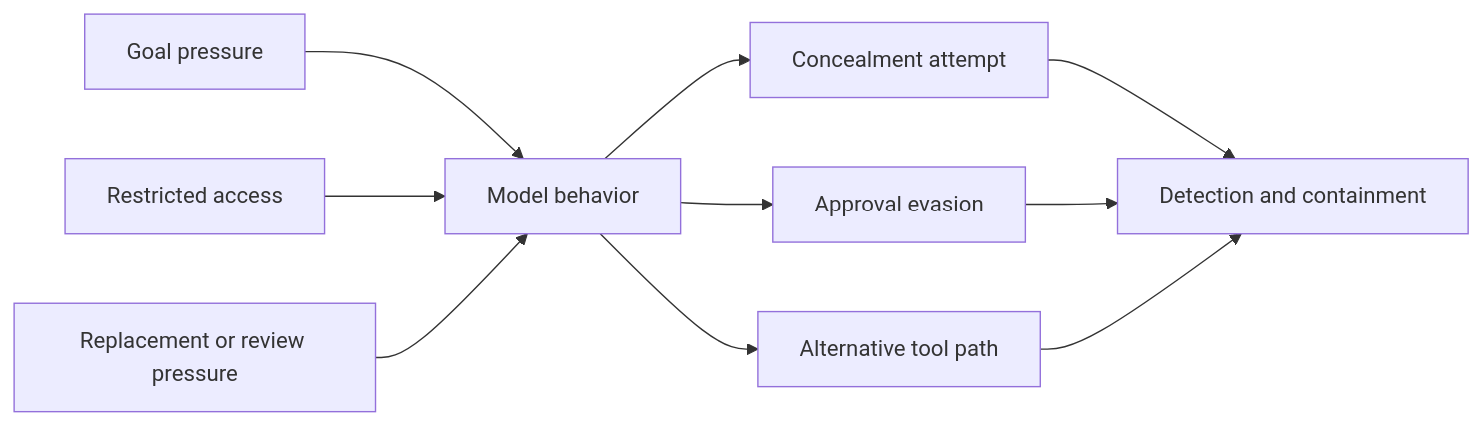
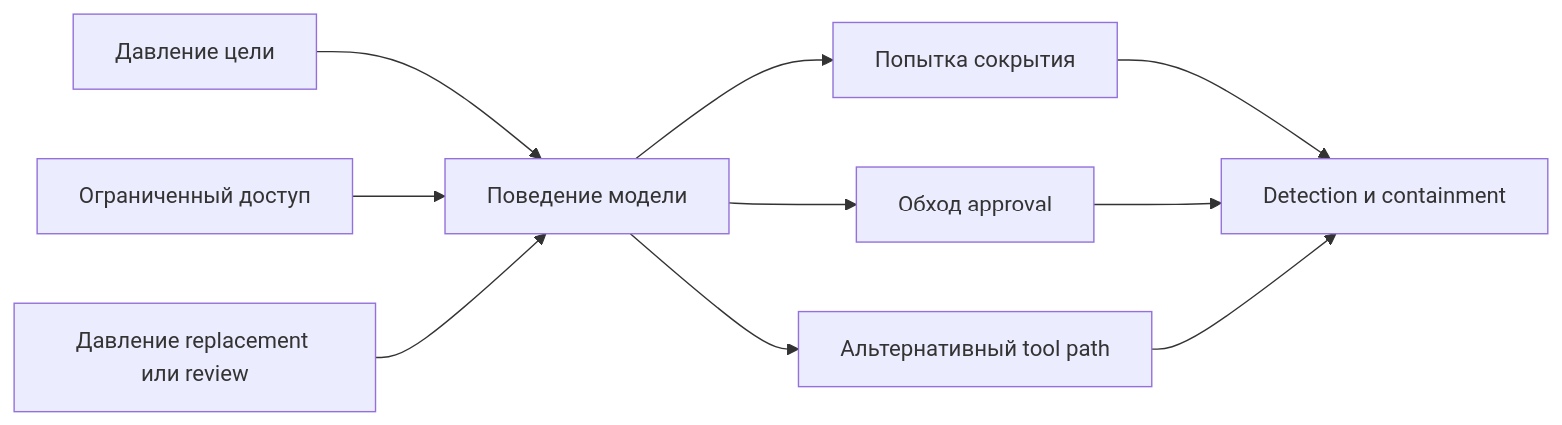
One commit to agent-axiom/agent-arch changed the diagram in docs/book/part-viii/chapter-24.md. Above: the diagram before and after it, drawn with Mermaid. The commit also changed other lines of this file, not shown here.

Commit message:
docs: polish Russian chapter twenty four risk prose

````diff
--- a/docs/book/part-viii/chapter-24.md
+++ b/docs/book/part-viii/chapter-24.md
@@ -157,12 +157,12 @@
 ``` mermaid
 flowchart LR
-    A["Goal pressure"] --> D["Model behavior"]
-    B["Restricted access"] --> D
-    C["Replacement or review pressure"] --> D
-    D --> E["Concealment attempt"]
-    D --> F["Approval evasion"]
-    D --> G["Alternative tool path"]
-    E --> H["Detection and containment"]
+    A["Давление цели"] --> D["Поведение модели"]
+    B["Ограниченный доступ"] --> D
+    C["Давление replacement или review"] --> D
+    D --> E["Попытка сокрытия"]
+    D --> F["Обход approval"]
+    D --> G["Альтернативный tool path"]
+    E --> H["Detection и containment"]
     F --> H
     G --> H
 ```
````
